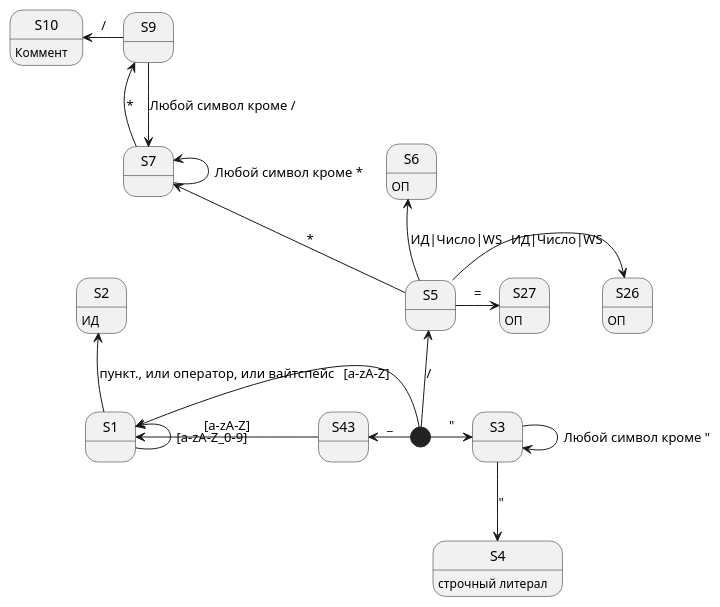
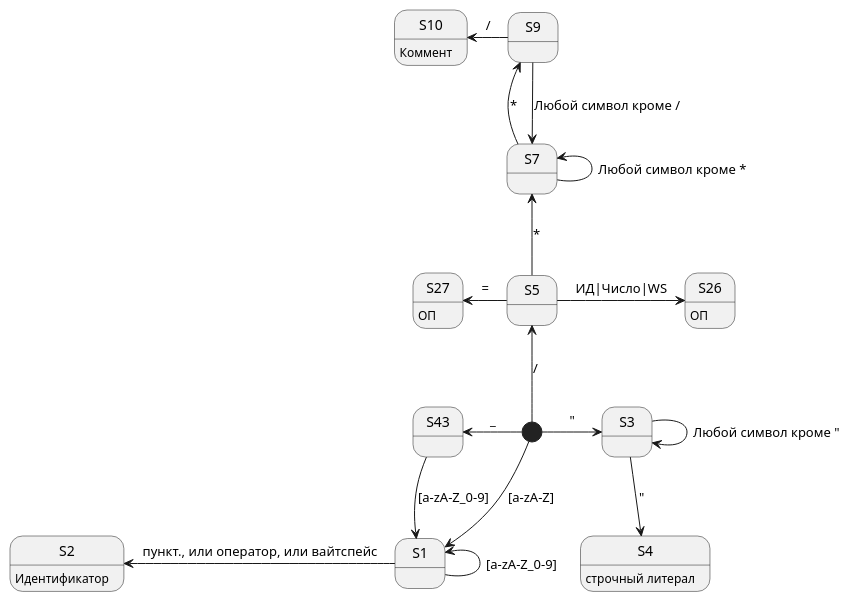
One commit to vladimirlll/CSharpLexicalAnalyzer changed the diagram in Диаграмма состояния для ЛА/sd.puml. Above: the diagram before and after it, drawn with PlantUML. The commit also changed 10 other files, not shown here.

```diff
--- a/Диаграмма состояния для ЛА/sd.puml
+++ b/Диаграмма состояния для ЛА/sd.puml
@@ -1,32 +1,30 @@
 @startuml "sd"
 
-[*] -left-> S1 : [a-zA-Z]
+[*] -down-> S1 : [a-zA-Z]
 [*] -left-> S43 : _
-S43 -left-> S1 : [a-zA-Z]
+S43 -down-> S1 : [a-zA-Z_0-9]
 S1 -left-> S1 : [a-zA-Z_0-9]
-S1 -up-> S2 : пункт., или оператор, или вайтспейс
-S2 : ИД
+S1 -left-> S2 : пункт., или оператор, или вайтспейс
+S2 : Идентификатор
 
 [*] -right-> S3 : "
 S3 -right-> S3 : Любой символ кроме "
 S3 -down-> S4 : "
 S4 : строчный литерал
 
 [*] -up-> S5 : /
-S5 -up-> S6 : ИД|Число|WS
-S6 : ОП
 S5 -up-> S7 : *
 
 S5 -right-> S26 : ИД|Число|WS
 S26 : ОП
-S5 -right-> S27 : =
+S5 -left-> S27 : =
 S27 : ОП
 
 S7 -up-> S7 : Любой символ кроме *
 S7 -up-> S9 : *
 S9 -down-> S7 : Любой символ кроме /
 S9 -left-> S10 : /
 S10 : Коммент
 
 
 @enduml
```
